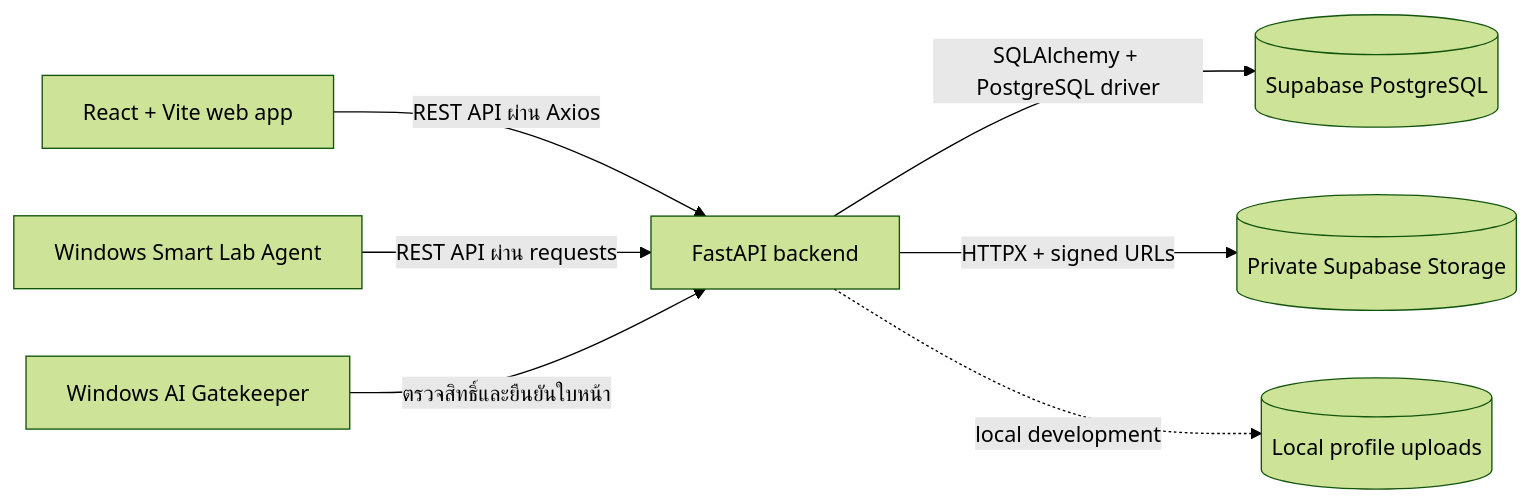
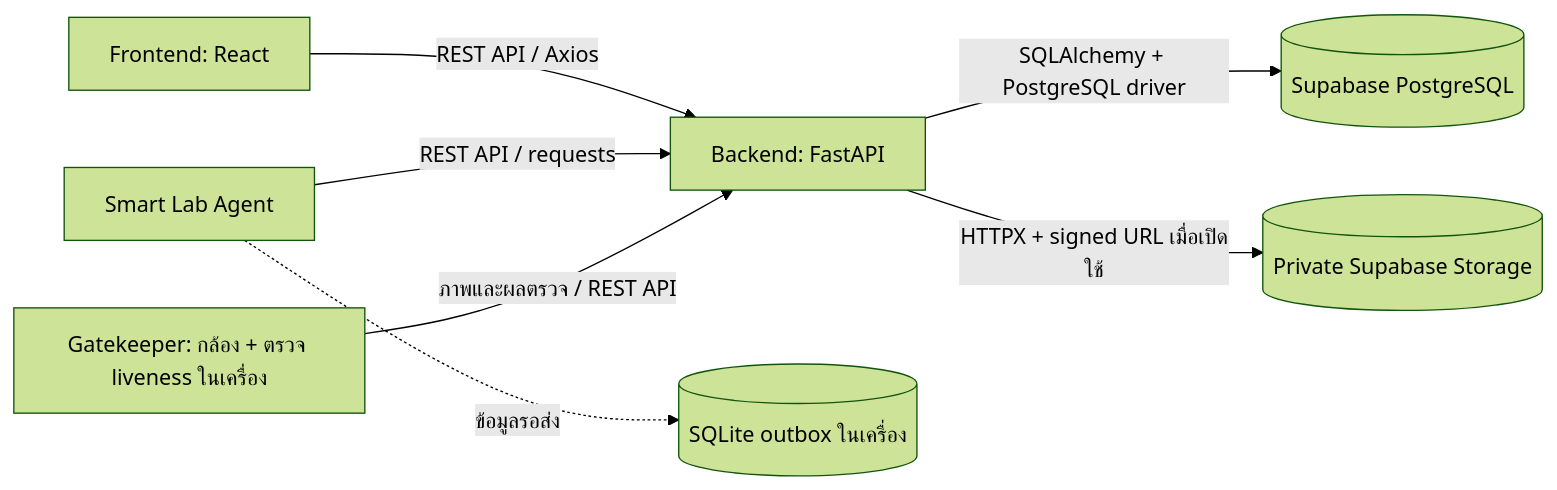
One commit to Chonlasit-junn/smart-lab-system changed the diagram in docs/TECH_STACK.md. Above: the diagram before and after it, drawn with Mermaid (forest theme). The commit also changed other lines of this file and 17 other files, not shown here.

````diff
--- a/docs/TECH_STACK.md
+++ b/docs/TECH_STACK.md
@@ -22,9 +21,9 @@
 ```mermaid
 flowchart LR
-    Web[React + Vite web app] -->|REST API ผ่าน Axios| API[FastAPI backend]
-    Agent[Windows Smart Lab Agent] -->|REST API ผ่าน requests| API
-    Gatekeeper[Windows AI Gatekeeper] -->|ตรวจสิทธิ์และยืนยันใบหน้า| API
+    Web[Frontend: React] -->|REST API / Axios| API[Backend: FastAPI]
+    Agent[Smart Lab Agent] -->|REST API / requests| API
+    Gatekeeper[Gatekeeper: กล้อง + ตรวจ liveness ในเครื่อง] -->|ภาพและผลตรวจ / REST API| API
     API -->|SQLAlchemy + PostgreSQL driver| DB[(Supabase PostgreSQL)]
-    API -->|HTTPX + signed URLs| Storage[(Private Supabase Storage)]
-    API -. local development .-> Local[(Local profile uploads)]
+    API -->|HTTPX + signed URL เมื่อเปิดใช้| Storage[(Private Supabase Storage)]
+    Agent -. ข้อมูลรอส่ง .-> Queue[(SQLite outbox ในเครื่อง)]
 ```
````
